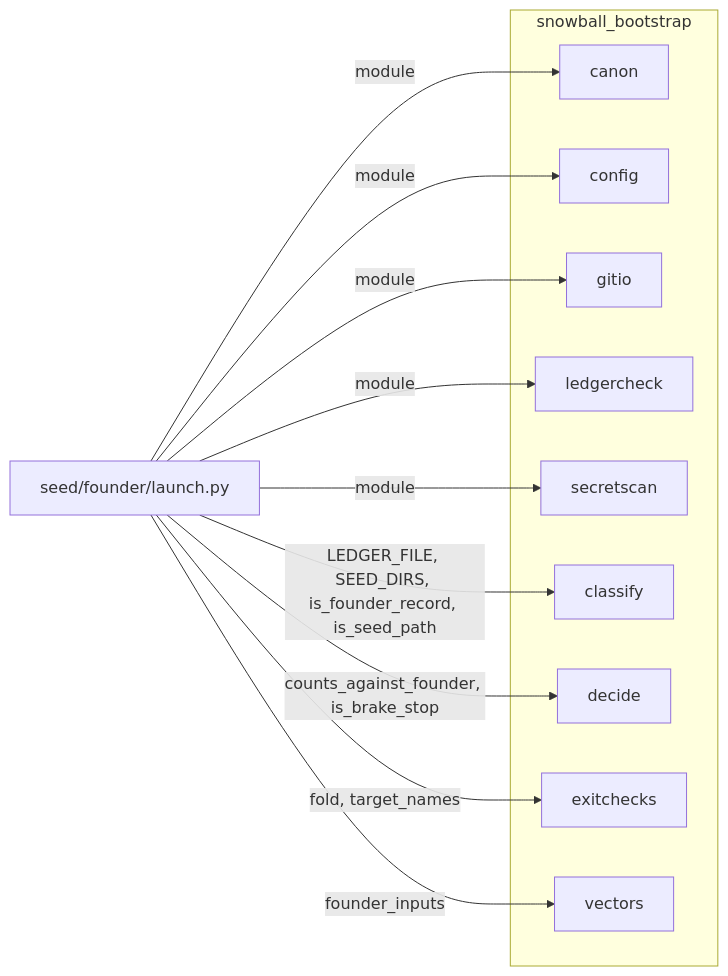
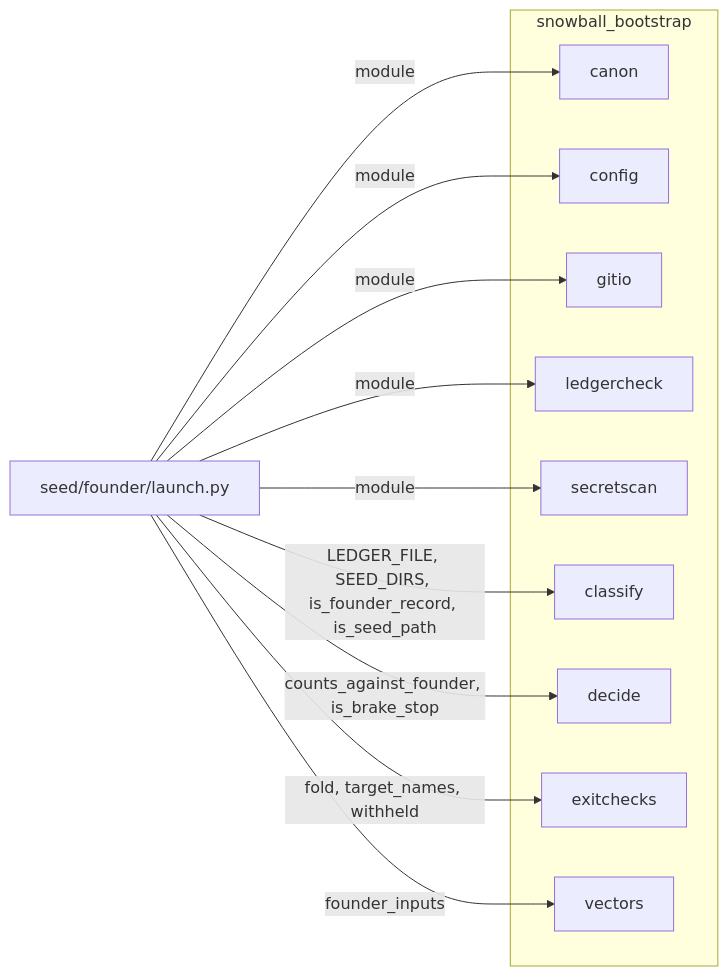
Before and after one commit to Okan-wqm/snowball-mcp: the eighth of 8 diagrams in docs/harita.md, drawn with Mermaid. The commit also changed other lines of this file and 10 other files, not shown here.

````diff
--- a/docs/harita.md
+++ b/docs/harita.md
@@ -433,24 +435,24 @@
 ```mermaid
 flowchart LR
   launcher["seed/founder/launch.py"]
   subgraph pkg["snowball_bootstrap"]
     m_canon["canon"]
     m_config["config"]
     m_gitio["gitio"]
     m_ledgercheck["ledgercheck"]
     m_secretscan["secretscan"]
     m_classify["classify"]
     m_decide["decide"]
     m_exitchecks["exitchecks"]
     m_vectors["vectors"]
   end
   launcher -->|module| m_canon
   launcher -->|module| m_config
   launcher -->|module| m_gitio
   launcher -->|module| m_ledgercheck
   launcher -->|module| m_secretscan
   launcher -->|LEDGER_FILE, SEED_DIRS, is_founder_record, is_seed_path| m_classify
   launcher -->|counts_against_founder, is_brake_stop| m_decide
-  launcher -->|fold, target_names| m_exitchecks
+  launcher -->|fold, target_names, withheld| m_exitchecks
   launcher -->|founder_inputs| m_vectors
 ```
````
